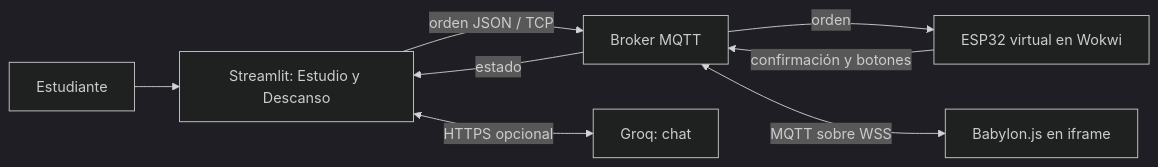
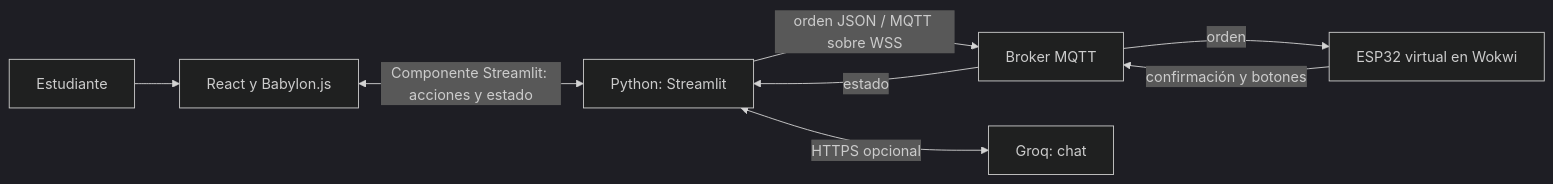
Before and after one commit to Jhuza/Guarida: the diagram in INFORME_GUARIDA.md, drawn with Mermaid (dark theme). The commit also changed other lines of this file and 5 other files, not shown here.

````diff
--- a/INFORME_GUARIDA.md
+++ b/INFORME_GUARIDA.md
@@ -90,10 +90,10 @@
 ```mermaid
 flowchart LR
-    U[Estudiante] --> S[Streamlit: Estudio y Descanso]
-    S -->|orden JSON / TCP| M[Broker MQTT]
+    U[Estudiante] --> B[React y Babylon.js]
+    B <-->|Componente Streamlit: acciones y estado| S[Python: Streamlit]
+    S -->|orden JSON / MQTT sobre WSS| M[Broker MQTT]
     M -->|orden| W[ESP32 virtual en Wokwi]
     W -->|confirmación y botones| M
     M -->|estado| S
-    M <-->|MQTT sobre WSS| B[Babylon.js en iframe]
     S <-->|HTTPS opcional| G[Groq: chat]
 ```
````
